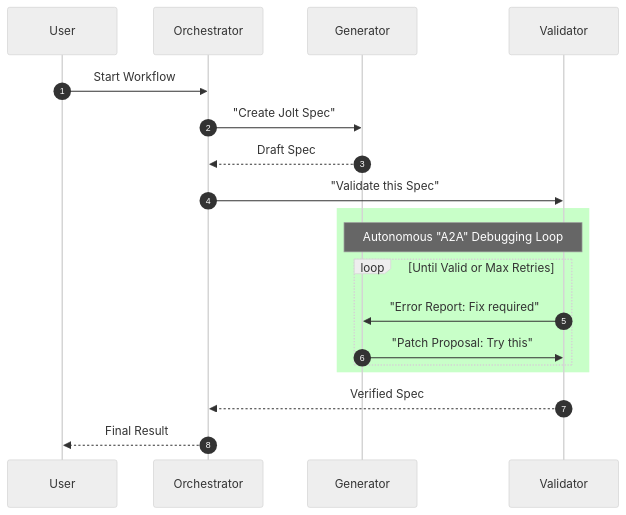
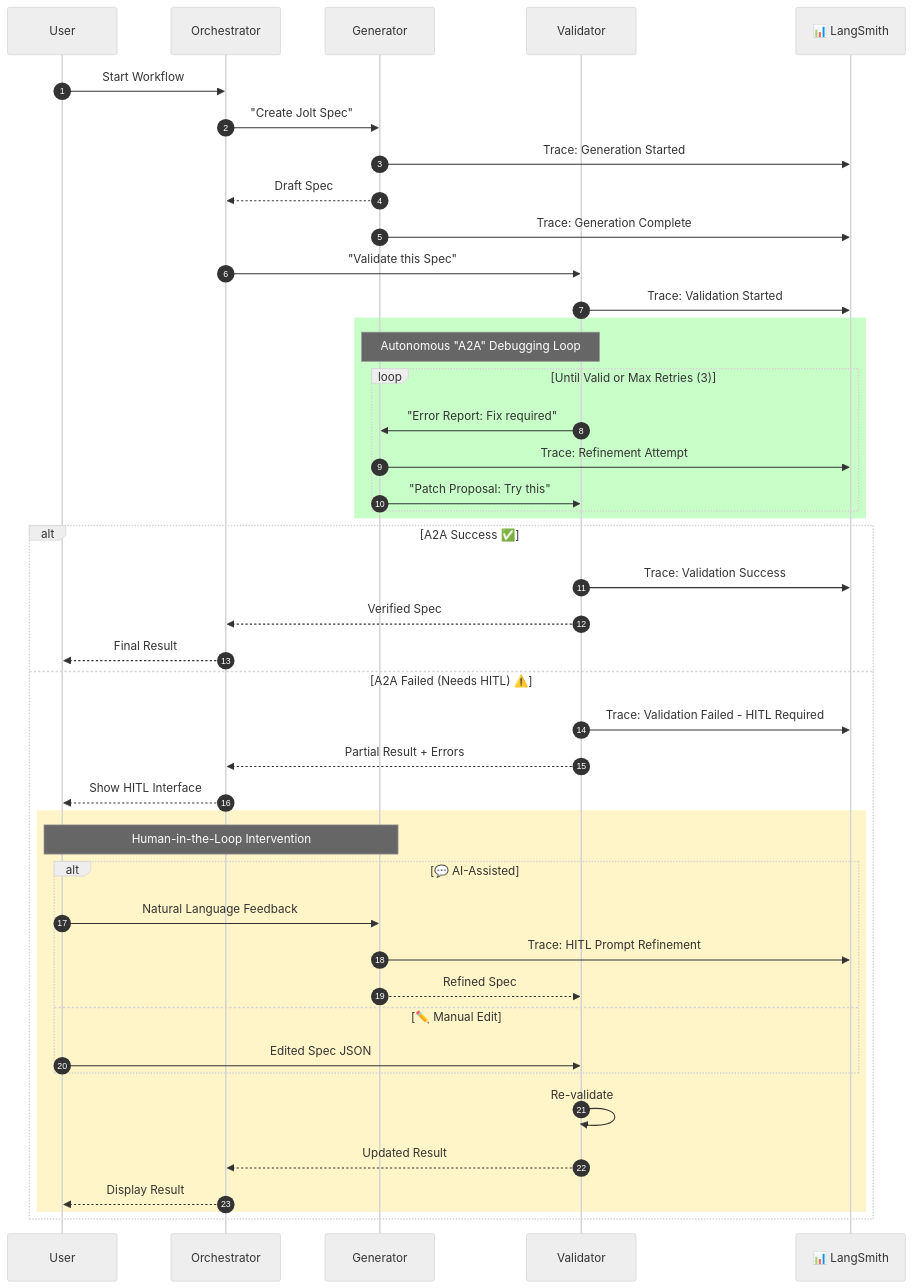
The third of 3 diagrams in a2a-examples/jolt_platform_agentic_ui/docs/Synopsys.md (amitinfo2k/ai-examples), drawn with Mermaid (neutral theme) before and after one commit. The commit also changed other lines of this file and 5 other files, not shown here.

````diff
--- a/a2a-examples/jolt_platform_agentic_ui/docs/Synopsys.md
+++ b/a2a-examples/jolt_platform_agentic_ui/docs/Synopsys.md
@@ -99,24 +199,51 @@
 ```mermaid
 sequenceDiagram
     autonumber
     participant User
     participant Orch as Orchestrator
     participant Gen as Generator
     participant Val as Validator
+    participant LS as 📊 LangSmith
 
     User->>Orch: Start Workflow
     Orch->>Gen: "Create Jolt Spec"
+    Gen->>LS: Trace: Generation Started
     Gen-->>Orch: Draft Spec
+    Gen->>LS: Trace: Generation Complete
+    
     Orch->>Val: "Validate this Spec"
+    Val->>LS: Trace: Validation Started
     
     rect rgb(200, 255, 200)
         Note over Gen, Val: Autonomous "A2A" Debugging Loop
-        loop Until Valid or Max Retries
+        loop Until Valid or Max Retries (3)
             Val->>Gen: "Error Report: Fix required"
+            Gen->>LS: Trace: Refinement Attempt
             Gen->>Val: "Patch Proposal: Try this"
         end
     end
     
-    Val-->>Orch: Verified Spec
-    Orch-->>User: Final Result
+    alt A2A Success ✅
+        Val->>LS: Trace: Validation Success
+        Val-->>Orch: Verified Spec
+        Orch-->>User: Final Result
+    else A2A Failed (Needs HITL) ⚠️
+        Val->>LS: Trace: Validation Failed - HITL Required
+        Val-->>Orch: Partial Result + Errors
+        Orch-->>User: Show HITL Interface
+        
+        rect rgb(255, 245, 200)
+            Note over User, Gen: Human-in-the-Loop Intervention
+            alt 💬 AI-Assisted
+                User->>Gen: Natural Language Feedback
+                Gen->>LS: Trace: HITL Prompt Refinement
+                Gen-->>Val: Refined Spec
+            else ✏️ Manual Edit
+                User->>Val: Edited Spec JSON
+            end
+            Val->>Val: Re-validate
+            Val-->>Orch: Updated Result
+            Orch-->>User: Display Result
+        end
+    end
 ```
````
